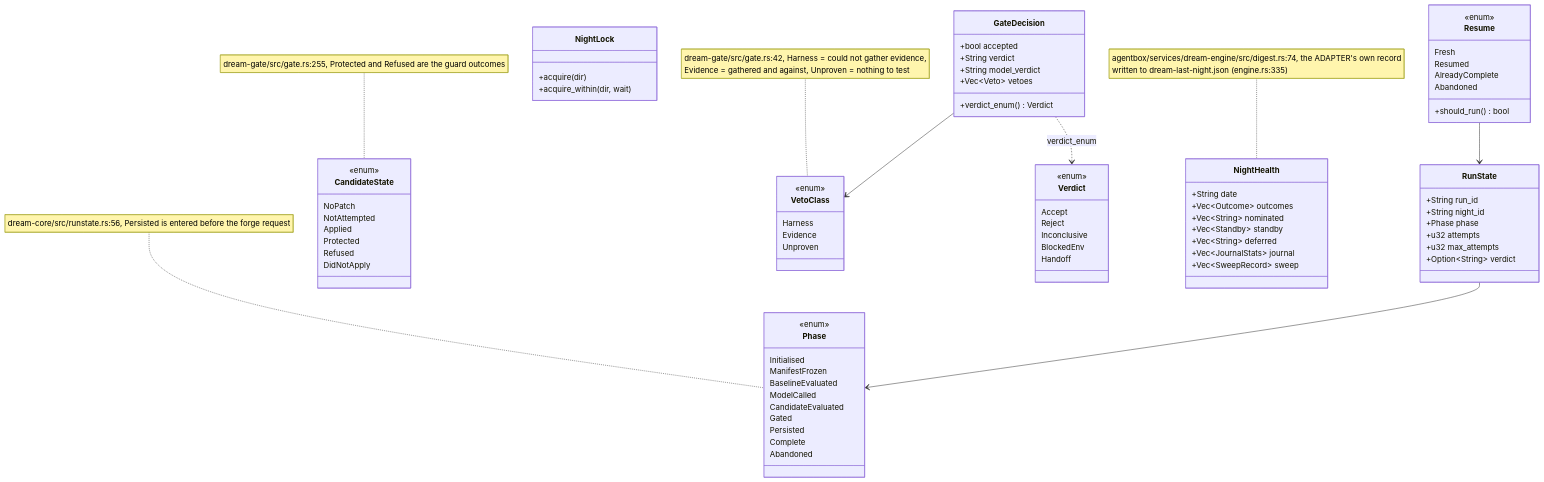
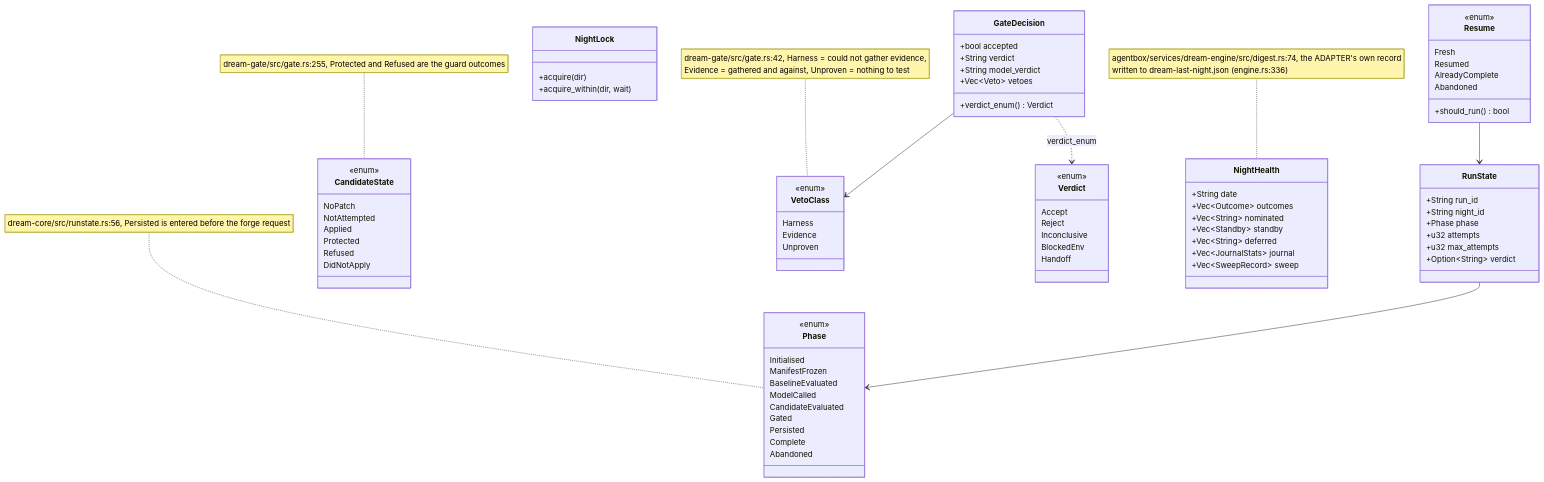
Before and after one commit to DreamLab-AI/VisionFlow: the eighth of 22 diagrams in docs/diagrams/agentbox/23-dream-engine.md, drawn with Mermaid. The commit also changed other lines of this file and 160 other files, not shown here.

````diff
--- a/docs/diagrams/agentbox/23-dream-engine.md
+++ b/docs/diagrams/agentbox/23-dream-engine.md
@@ -454,82 +473,82 @@
 ```mermaid
 classDiagram
     class RunState {
         +String run_id
         +String night_id
         +Phase phase
         +u32 attempts
         +u32 max_attempts
         +Option~String~ verdict
     }
     class Phase {
         <<enum>>
         Initialised
         ManifestFrozen
         BaselineEvaluated
         ModelCalled
         CandidateEvaluated
         Gated
         Persisted
         Complete
         Abandoned
     }
     class Resume {
         <<enum>>
         Fresh
         Resumed
         AlreadyComplete
         Abandoned
         +should_run() bool
     }
     class NightLock {
         +acquire(dir)
         +acquire_within(dir, wait)
     }
     class CandidateState {
         <<enum>>
         NoPatch
         NotAttempted
         Applied
         Protected
         Refused
         DidNotApply
     }
     class GateDecision {
         +bool accepted
         +String verdict
         +String model_verdict
         +Vec~Veto~ vetoes
         +verdict_enum() Verdict
     }
     class VetoClass {
         <<enum>>
         Harness
         Evidence
         Unproven
     }
     class Verdict {
         <<enum>>
         Accept
         Reject
         Inconclusive
         BlockedEnv
         Handoff
     }
     class NightHealth {
         +String date
         +Vec~Outcome~ outcomes
         +Vec~String~ nominated
         +Vec~Standby~ standby
         +Vec~String~ deferred
         +Vec~JournalStats~ journal
         +Vec~SweepRecord~ sweep
     }
     RunState --> Phase
     Resume --> RunState
     GateDecision --> VetoClass
     GateDecision ..> Verdict : verdict_enum
     note for Phase "dream-core/src/runstate.rs:56, Persisted is entered before the forge request"
     note for CandidateState "dream-gate/src/gate.rs:255, Protected and Refused are the guard outcomes"
     note for VetoClass "dream-gate/src/gate.rs:42, Harness = could not gather evidence,<br/>Evidence = gathered and against, Unproven = nothing to test"
-    note for NightHealth "agentbox/services/dream-engine/src/digest.rs:74, the ADAPTER's own record<br/>written to dream-last-night.json (engine.rs:335)"
+    note for NightHealth "agentbox/services/dream-engine/src/digest.rs:74, the ADAPTER's own record<br/>written to dream-last-night.json (engine.rs:336)"
 ```
````
